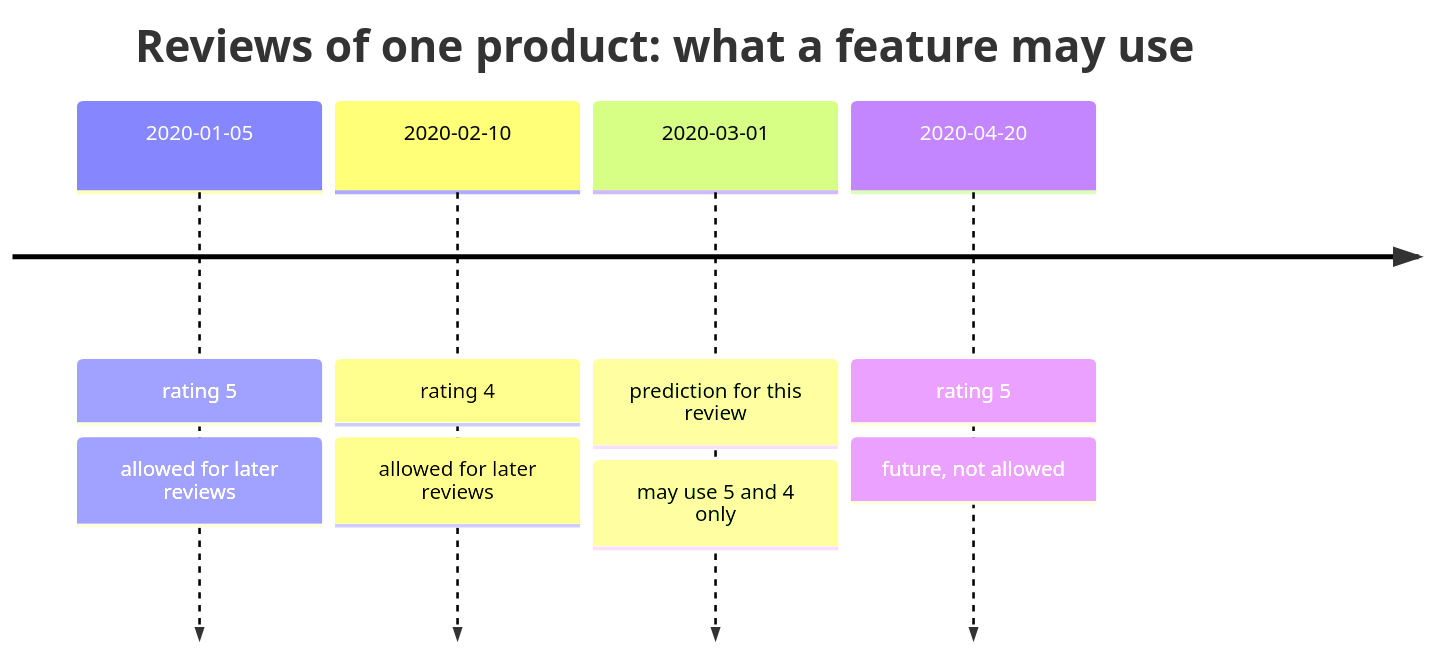
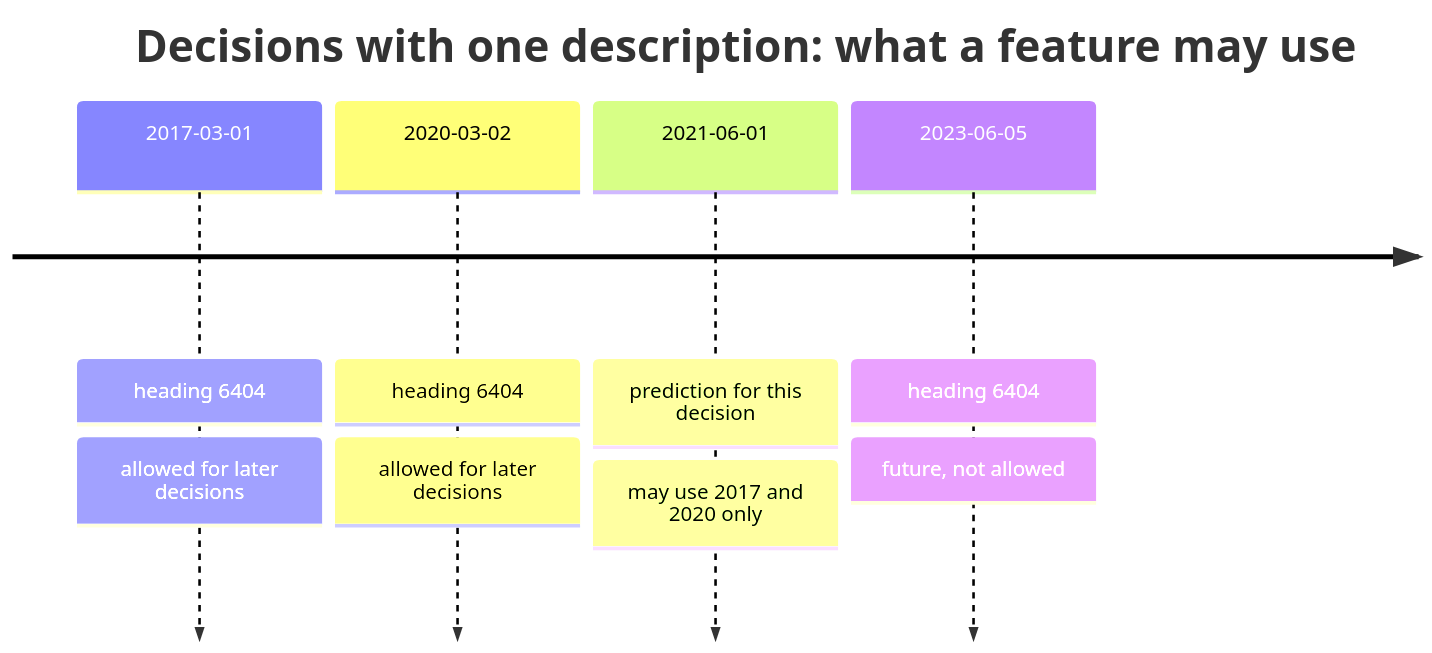
The first of 2 diagrams in sessions/09-feature-engineering-and-imbalance/theory/02-aggregates-leakage-and-text-statistics.md (khoadaniel/statistical-programming-mpmd-htw-ws-2026), drawn with Mermaid before and after one commit. The commit also changed other lines of this file and 268 other files, not shown here.

````diff
--- a/sessions/09-feature-engineering-and-imbalance/theory/02-aggregates-leakage-and-text-statistics.md
+++ b/sessions/09-feature-engineering-and-imbalance/theory/02-aggregates-leakage-and-text-statistics.md
@@ -29,8 +27,8 @@
 ```mermaid
 timeline
-    title Reviews of one product: what a feature may use
-    2020-01-05 : rating 5 : allowed for later reviews
-    2020-02-10 : rating 4 : allowed for later reviews
-    2020-03-01 : prediction for this review : may use 5 and 4 only
-    2020-04-20 : rating 5 : future, not allowed
+    title Decisions with one description: what a feature may use
+    2017-03-01 : heading 6404 : allowed for later decisions
+    2020-03-02 : heading 6404 : allowed for later decisions
+    2021-06-01 : prediction for this decision : may use 2017 and 2020 only
+    2023-06-05 : heading 6404 : future, not allowed
 ```
````
